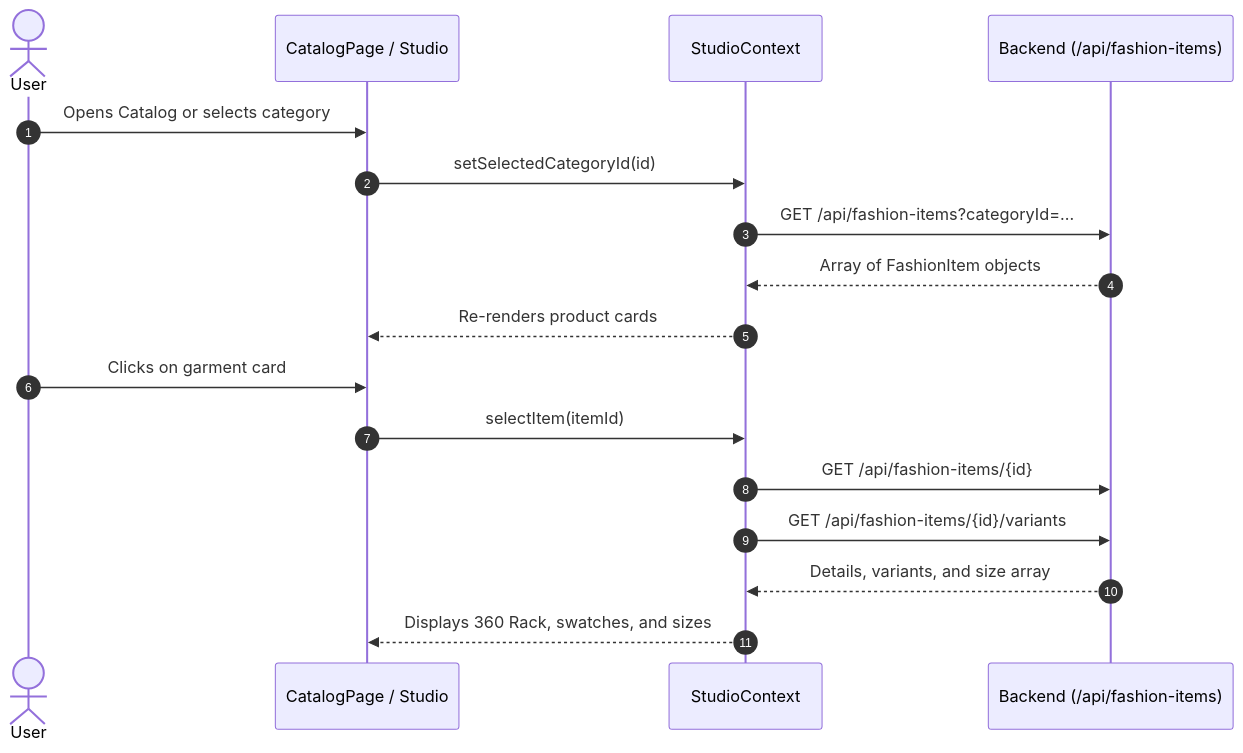
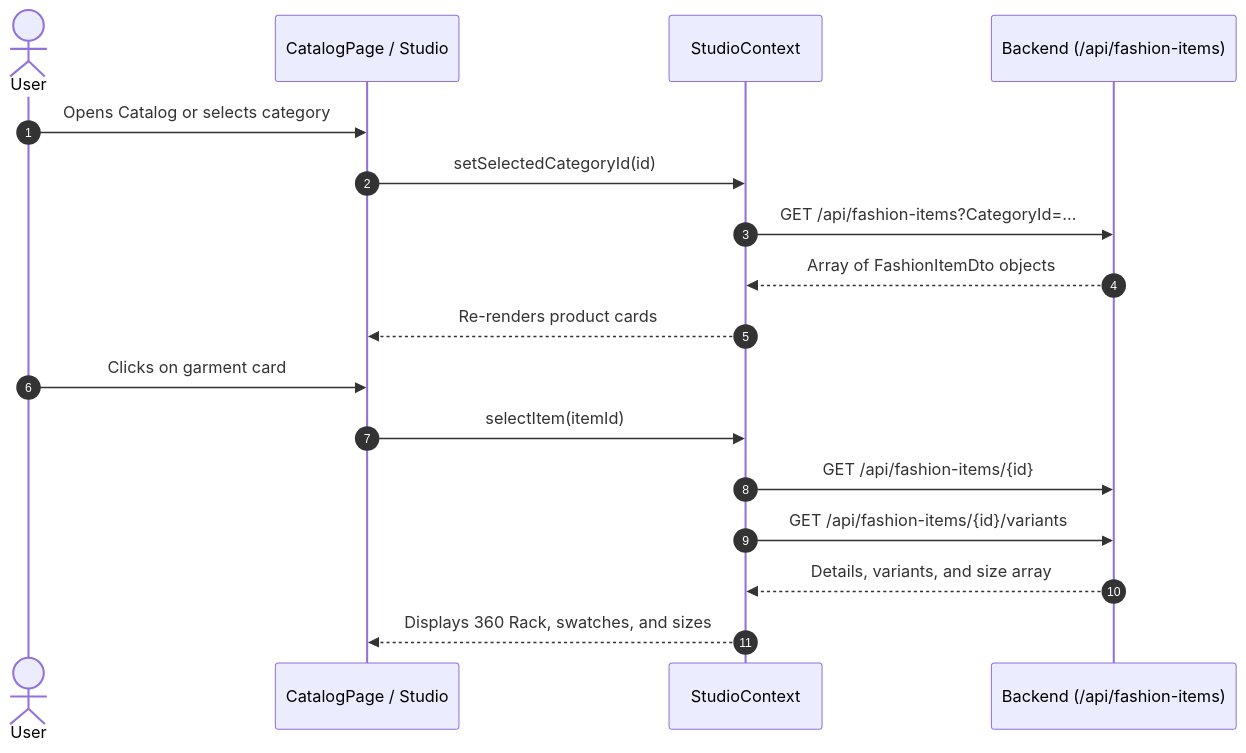
The second of 11 diagrams in README.md (gamalwessam21/TryOnStudio), drawn with Mermaid before and after one commit. The commit also changed other lines of this file, not shown here.

````diff
--- a/README.md
+++ b/README.md
@@ -250,20 +265,20 @@
 ```mermaid
 sequenceDiagram
     autonumber
     actor User
     participant Catalog as CatalogPage / Studio
     participant StudioCtx as StudioContext
     participant API as Backend (/api/fashion-items)
 
     User->>Catalog: Opens Catalog or selects category
     Catalog->>StudioCtx: setSelectedCategoryId(id)
-    StudioCtx->>API: GET /api/fashion-items?categoryId=...
-    API-->>StudioCtx: Array of FashionItem objects
+    StudioCtx->>API: GET /api/fashion-items?CategoryId=...
+    API-->>StudioCtx: Array of FashionItemDto objects
     StudioCtx-->>Catalog: Re-renders product cards
     User->>Catalog: Clicks on garment card
     Catalog->>StudioCtx: selectItem(itemId)
     StudioCtx->>API: GET /api/fashion-items/{id}
     StudioCtx->>API: GET /api/fashion-items/{id}/variants
     API-->>StudioCtx: Details, variants, and size array
     StudioCtx-->>Catalog: Displays 360 Rack, swatches, and sizes
 ```
````
